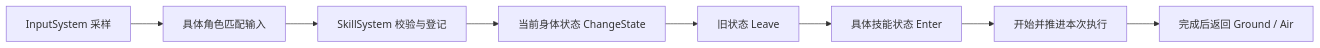
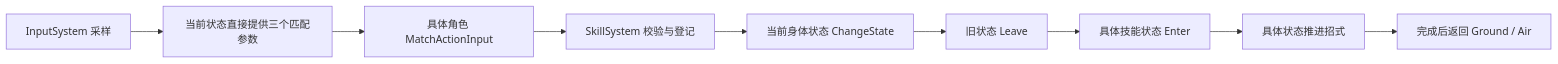
One commit to zheliku/GameZMXY changed the second of 2 diagrams in Docs/ProjectTour.md. Above: the diagram before and after it, drawn with Mermaid. The commit also changed other lines of this file and 112 other files, not shown here.

Commit message:
refactor(architecture): 收拢技能与输入职责并重命名数据与战斗界面 恢复造三左侧五入口与 718.png 无双黑色长底板，造一技能栏移至其上方， 图标按学习记录切换空槽/彩色两帧；同步更新导入脚本、校验脚本、配置与文档。

````diff
--- a/Docs/ProjectTour.md
+++ b/Docs/ProjectTour.md
@@ -191,10 +197,11 @@
 ```mermaid
 flowchart LR
-    Input[InputSystem 采样] --> Match[具体角色匹配输入]
+    Input[InputSystem 采样] --> Context[当前状态直接提供三个匹配参数]
+    Context --> Match[具体角色 MatchActionInput]
     Match --> Activate[SkillSystem 校验与登记]
     Activate --> Transition[当前身体状态 ChangeState]
     Transition --> Leave[旧状态 Leave]
     Leave --> Enter[具体技能状态 Enter]
-    Enter --> Execution[开始并推进本次执行]
-    Execution --> Locomotion[完成后返回 Ground / Air]
+    Enter --> Advance[具体状态推进招式]
+    Advance --> Locomotion[完成后返回 Ground / Air]
 ```
````
